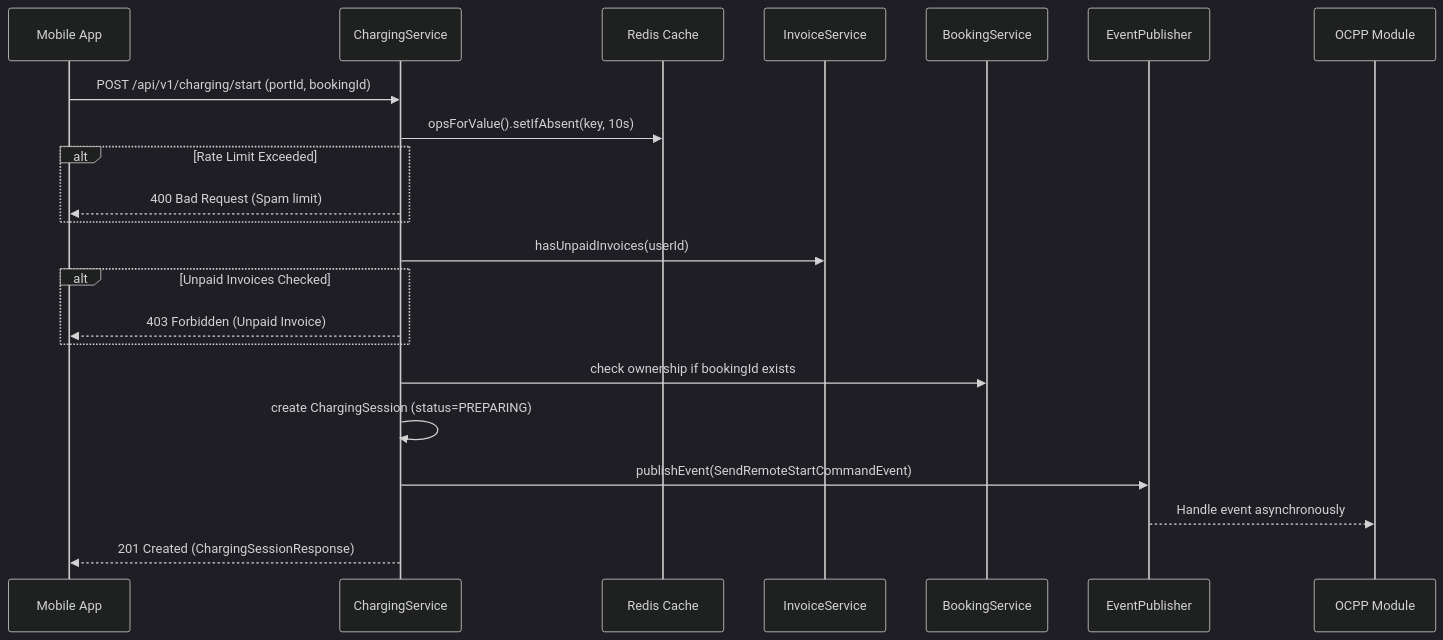
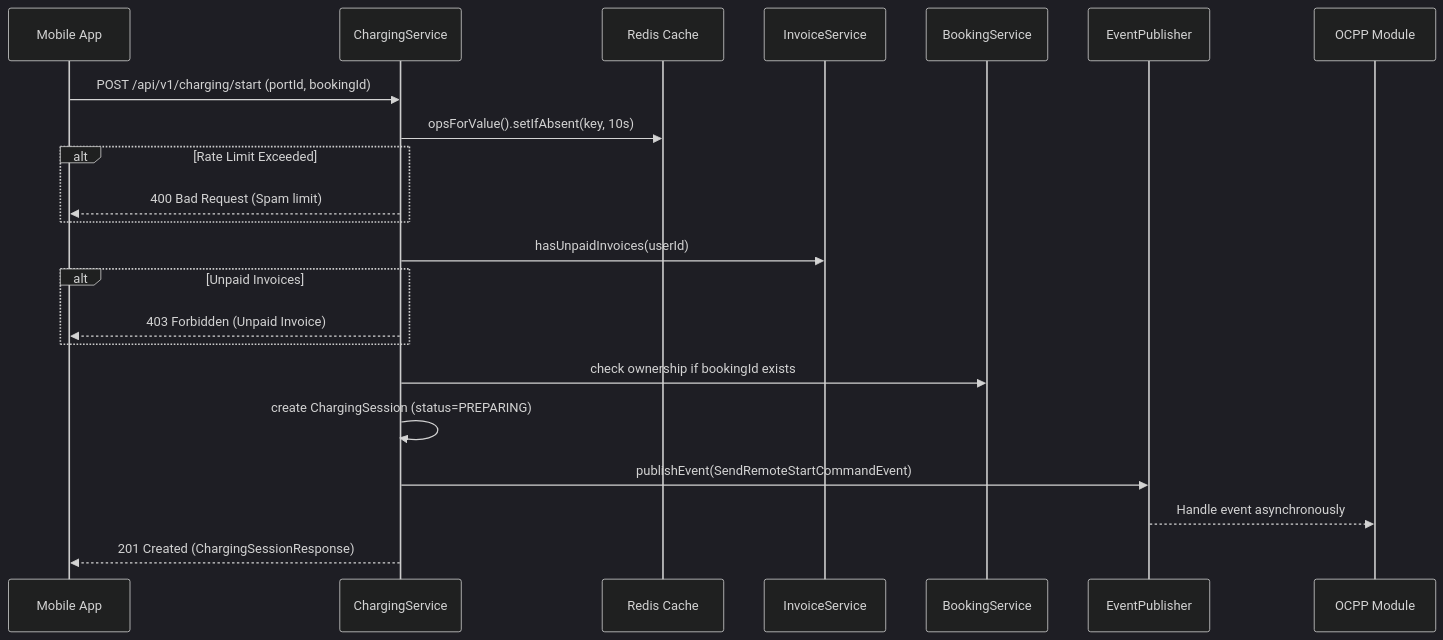
The first of 2 diagrams in evgo/docs/walkthrough-charging-module.md (Sherllgen/DATN), drawn with Mermaid (dark theme) before and after one commit. The commit also changed other lines of this file and 12 other files, not shown here.

````diff
--- a/evgo/docs/walkthrough-charging-module.md
+++ b/evgo/docs/walkthrough-charging-module.md
@@ -24,25 +59,25 @@
 ```mermaid
 sequenceDiagram
     participant App as Mobile App
     participant Charging as ChargingService
     participant Redis as Redis Cache
     participant Invoice as InvoiceService
     participant Booking as BookingService
     participant Publisher as EventPublisher
     participant OCPP as OCPP Module
 
     App->>Charging: POST /api/v1/charging/start (portId, bookingId)
     Charging->>Redis: opsForValue().setIfAbsent(key, 10s)
     alt Rate Limit Exceeded
         Charging-->>App: 400 Bad Request (Spam limit)
     end
     Charging->>Invoice: hasUnpaidInvoices(userId)
-    alt Unpaid Invoices Checked
+    alt Unpaid Invoices
         Charging-->>App: 403 Forbidden (Unpaid Invoice)
     end
     Charging->>Booking: check ownership if bookingId exists
     Charging->>Charging: create ChargingSession (status=PREPARING)
     Charging->>Publisher: publishEvent(SendRemoteStartCommandEvent)
     Publisher-->>OCPP: Handle event asynchronously
     Charging-->>App: 201 Created (ChargingSessionResponse)
 ```
````
